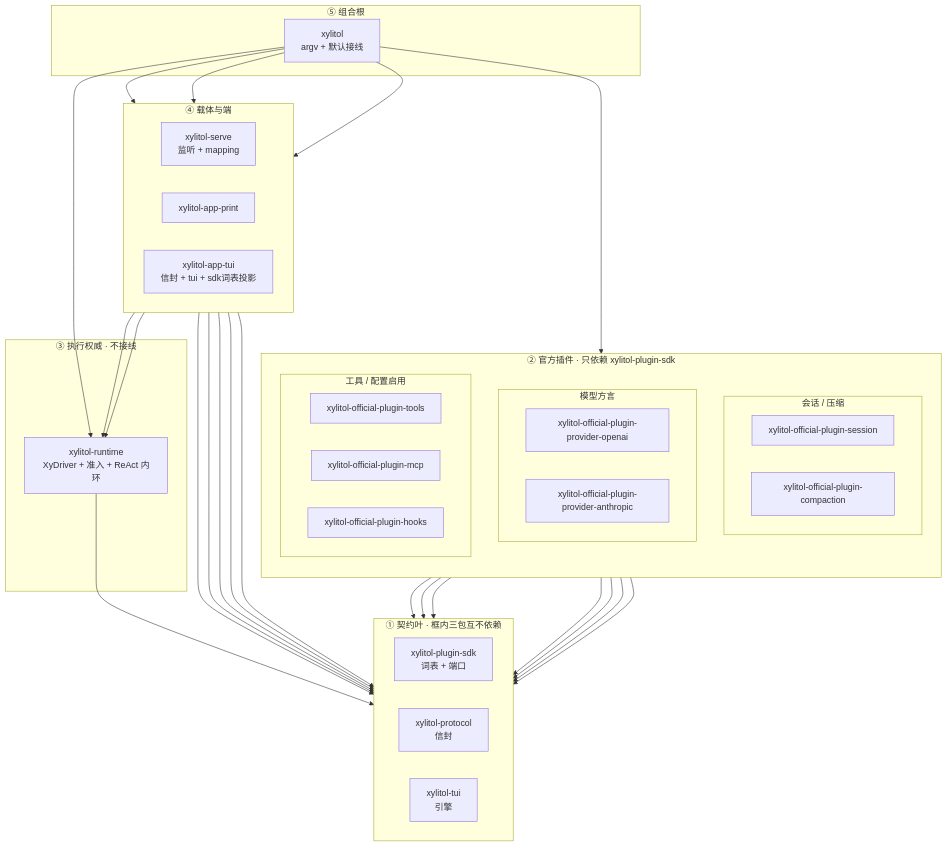
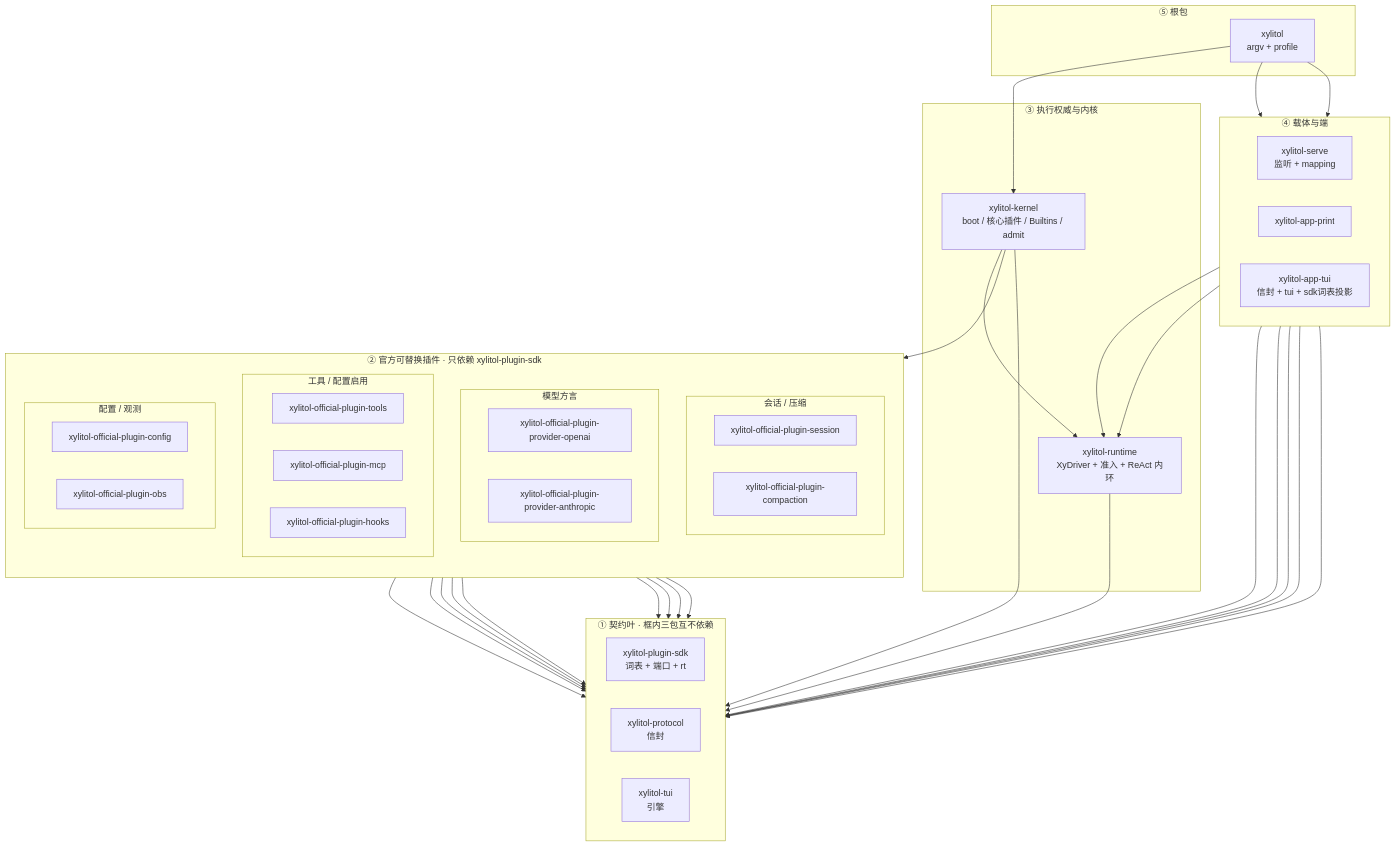
Before and after one commit to StrayDragon/xylitol: the diagram in src/AGENTS.md, drawn with Mermaid. The commit also changed other lines of this file and 184 other files, not shown here.

````diff
--- a/src/AGENTS.md
+++ b/src/AGENTS.md
@@ -20,65 +21,74 @@
 ```mermaid
 flowchart TB
   subgraph contracts["① 契约叶 · 框内三包互不依赖"]
     direction LR
-    xylitol_plugin_sdk["xylitol-plugin-sdk<br/>词表 + 端口"]
+    xylitol_plugin_sdk["xylitol-plugin-sdk<br/>词表 + 端口 + rt"]
     xylitol_protocol["xylitol-protocol<br/>信封"]
     xylitol_tui["xylitol-tui<br/>引擎"]
   end
 
-  subgraph plugins["② 官方插件 · 只依赖 xylitol-plugin-sdk"]
+  subgraph plugins["② 官方可替换插件 · 只依赖 xylitol-plugin-sdk"]
     direction TB
     subgraph plugins_loop["会话 / 压缩"]
       direction LR
       xylitol_official_plugin_session["xylitol-official-plugin-session"]
       xylitol_official_plugin_compaction["xylitol-official-plugin-compaction"]
     end
     subgraph plugins_model["模型方言"]
       direction LR
       xylitol_official_plugin_provider_openai["xylitol-official-plugin-provider-openai"]
       xylitol_official_plugin_provider_anthropic["xylitol-official-plugin-provider-anthropic"]
     end
     subgraph plugins_ext["工具 / 配置启用"]
       direction LR
       xylitol_official_plugin_tools["xylitol-official-plugin-tools"]
       xylitol_official_plugin_mcp["xylitol-official-plugin-mcp"]
       xylitol_official_plugin_hooks["xylitol-official-plugin-hooks"]
     end
+    subgraph plugins_host["配置 / 观测"]
+      direction LR
+      xylitol_official_plugin_config["xylitol-official-plugin-config"]
+      xylitol_official_plugin_obs["xylitol-official-plugin-obs"]
+    end
   end
 
-  subgraph kernel["③ 执行权威 · 不接线"]
+  subgraph exec["③ 执行权威与内核"]
     xylitol_runtime["xylitol-runtime<br/>XyDriver + 准入 + ReAct 内环"]
+    xylitol_kernel["xylitol-kernel<br/>boot / 核心插件 / Builtins / admit"]
   end
 
   subgraph surfaces["④ 载体与端"]
     direction LR
     xylitol_serve["xylitol-serve<br/>监听 + mapping"]
     xylitol_app_print["xylitol-app-print"]
     xylitol_app_tui["xylitol-app-tui<br/>信封 + tui + sdk词表投影"]
   end
 
-  subgraph root["⑤ 组合根"]
-    xylitol["xylitol<br/>argv + 默认接线"]
+  subgraph root["⑤ 根包"]
+    xylitol["xylitol<br/>argv + profile"]
   end
 
   xylitol_official_plugin_session --> xylitol_plugin_sdk
   xylitol_official_plugin_compaction --> xylitol_plugin_sdk
   xylitol_official_plugin_provider_openai --> xylitol_plugin_sdk
   xylitol_official_plugin_provider_anthropic --> xylitol_plugin_sdk
   xylitol_official_plugin_tools --> xylitol_plugin_sdk
   xylitol_official_plugin_mcp --> xylitol_plugin_sdk
   xylitol_official_plugin_hooks --> xylitol_plugin_sdk
+  xylitol_official_plugin_config --> xylitol_plugin_sdk
+  xylitol_official_plugin_obs --> xylitol_plugin_sdk
   xylitol_runtime --> xylitol_plugin_sdk
+  xylitol_kernel --> xylitol_plugin_sdk
+  xylitol_kernel --> xylitol_runtime
+  xylitol_kernel --> plugins
   xylitol_serve --> xylitol_runtime
   xylitol_serve --> xylitol_protocol
   xylitol_serve --> xylitol_plugin_sdk
   xylitol_app_print --> xylitol_runtime
   xylitol_app_tui --> xylitol_protocol
   xylitol_app_tui --> xylitol_tui
   xylitol_app_tui --> xylitol_plugin_sdk
-  xylitol --> plugins
-  xylitol --> xylitol_runtime
-  xylitol --> xylitol_serve
+  xylitol --> xylitol_kernel
   xylitol --> xylitol_app_print
   xylitol --> xylitol_app_tui
 ```
````
